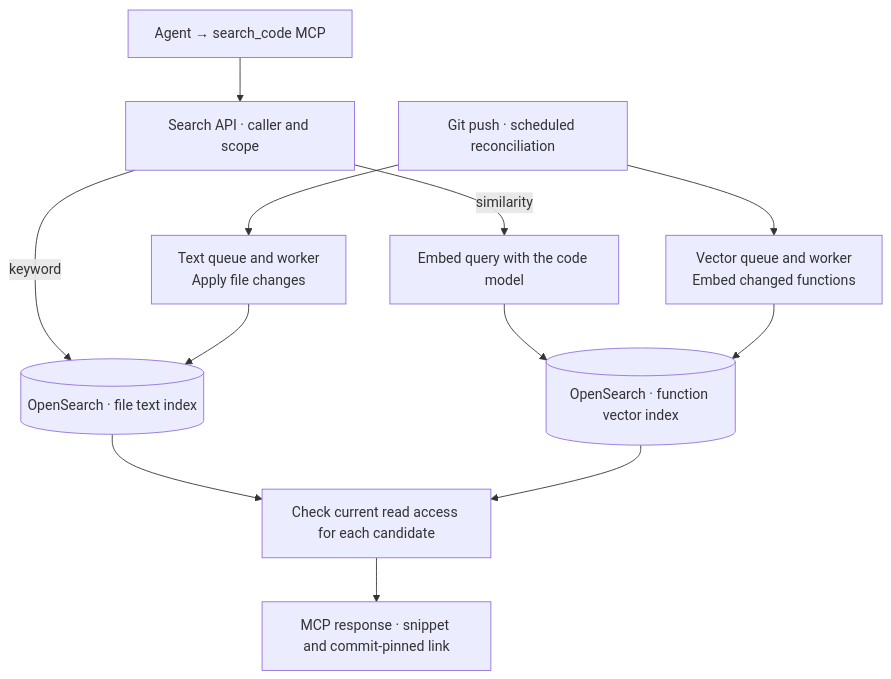
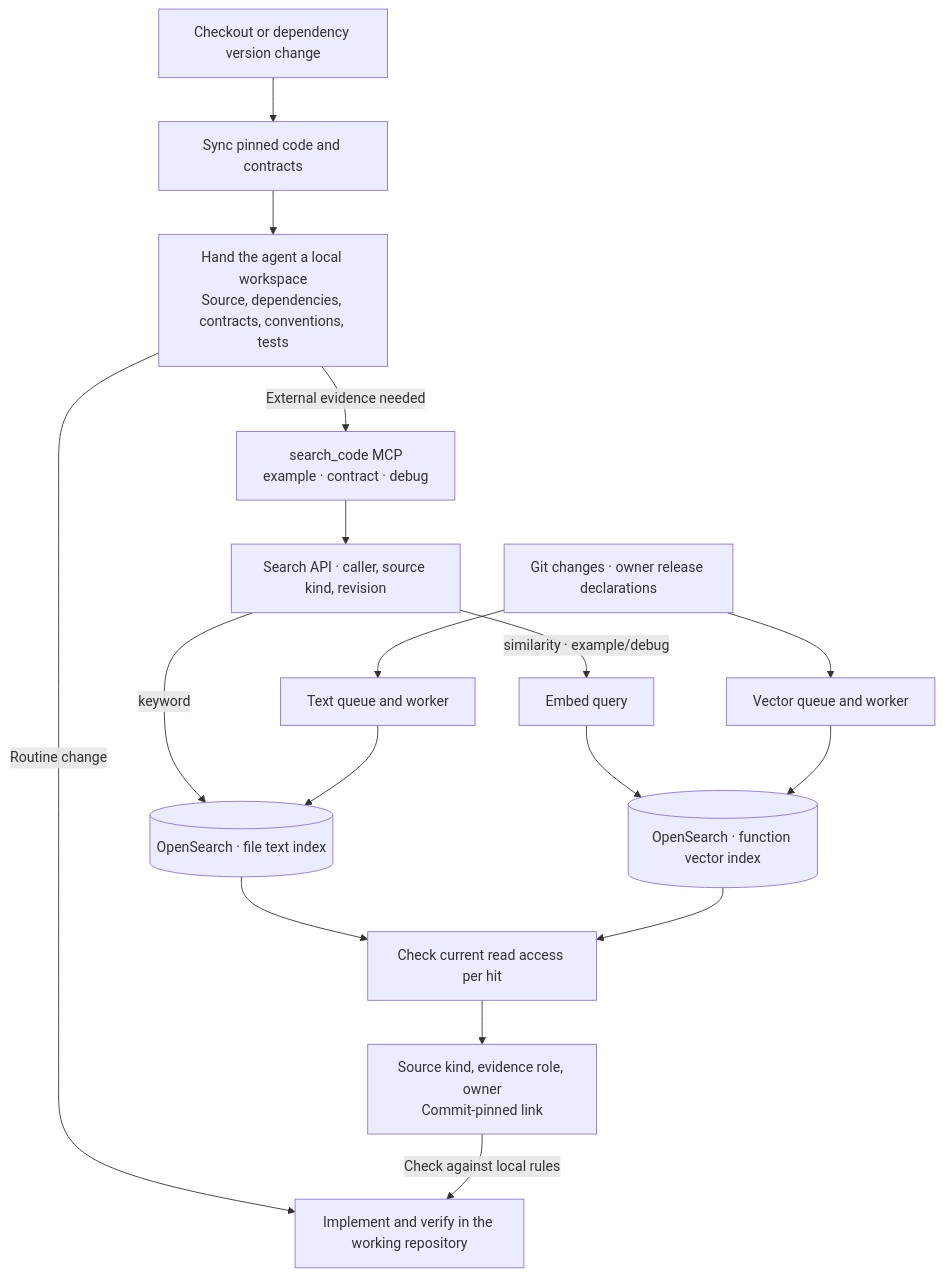
One commit to haandol/haandol.github.com changed the second of 2 diagrams in _en/2026-11-25-enterprise-codebase-management.md. Above: the diagram before and after it, drawn with Mermaid. The commit also changed other lines of this file and 3 other files, not shown here.

Commit message:
docs: center enterprise code management on version-pinned workspaces

````diff
--- a/_en/2026-11-25-enterprise-codebase-management.md
+++ b/_en/2026-11-25-enterprise-codebase-management.md
@@ -71,14 +158,16 @@
 ```mermaid
 flowchart TB
-    A["Agent → search_code MCP"] --> Q["Search API · caller and scope"]
-    Q -->|keyword| L[("OpenSearch · file text index")]
-    Q -->|similarity| E["Embed query with the code model"]
-    E --> V[("OpenSearch · function vector index")]
-    G["Git push · scheduled reconciliation"] --> W["Text queue and worker<br/>Apply file changes"]
-    G --> F["Vector queue and worker<br/>Embed changed functions"]
-    W --> L
-    F --> V
-    L --> P["Check current read access for each candidate"]
+    S["Checkout or dependency version change"] --> B["Sync pinned code and contracts"]
+    B --> L["Hand the agent a local workspace<br/>Source, dependencies, contracts, conventions, tests"]
+    L -->|Routine change| D["Implement and verify in the working repository"]
+    L -->|External evidence needed| M["search_code MCP<br/>example · contract · debug"]
+    M --> Q["Search API · caller, source kind, revision"]
+    Q -->|keyword| T[("OpenSearch · file text index")]
+    Q -->|similarity · example/debug| E["Embed query"] --> V[("OpenSearch · function vector index")]
+    G["Git changes · owner release declarations"] --> W["Text queue and worker"] --> T
+    G --> F["Vector queue and worker"] --> V
+    T --> P["Check current read access per hit"]
     V --> P
-    P --> R["MCP response · snippet and commit-pinned link"]
+    P --> R["Source kind, evidence role, owner<br/>Commit-pinned link"]
+    R -->|Check against local rules| D
 ```
````
